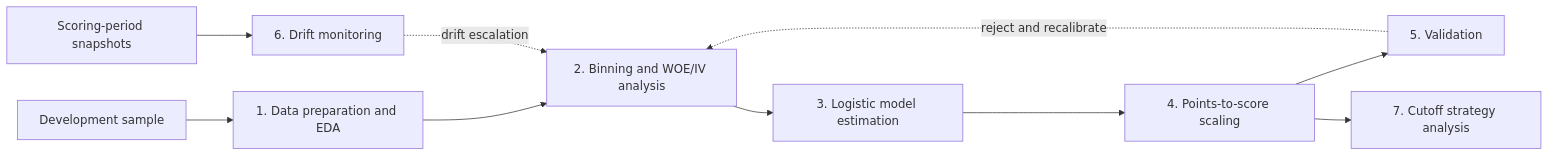
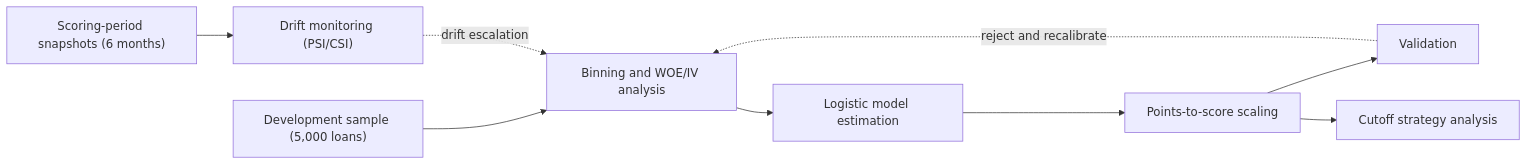
The first of 2 diagrams in README.md (arponbiswasanik/scorewright), drawn with Mermaid before and after one commit. The commit also changed other lines of this file and 1 other file, not shown here.

````diff
--- a/README.md
+++ b/README.md
@@ -19,12 +35,11 @@
 ```mermaid
 flowchart LR
-    A["Development sample"] --> B["1. Data preparation and EDA"]
-    B --> C["2. Binning and WOE/IV analysis"]
-    C --> D["3. Logistic model estimation"]
-    D --> E["4. Points-to-score scaling"]
-    E --> F["5. Validation"]
-    E --> H["7. Cutoff strategy analysis"]
-    G["Scoring-period snapshots"] --> I["6. Drift monitoring"]
-    F -.->|"reject and recalibrate"| C
-    I -.->|"drift escalation"| C
+    A["Development sample (5,000 loans)"] --> B["Binning and WOE/IV analysis"]
+    B --> C["Logistic model estimation"]
+    C --> D["Points-to-score scaling"]
+    D --> E["Validation"]
+    D --> H["Cutoff strategy analysis"]
+    G["Scoring-period snapshots (6 months)"] --> I["Drift monitoring (PSI/CSI)"]
+    E -.->|"reject and recalibrate"| B
+    I -.->|"drift escalation"| B
 ```
````
